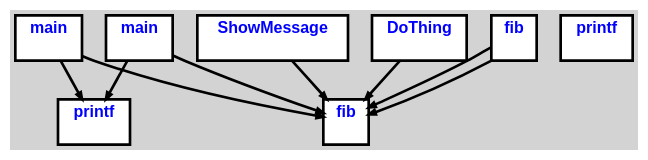
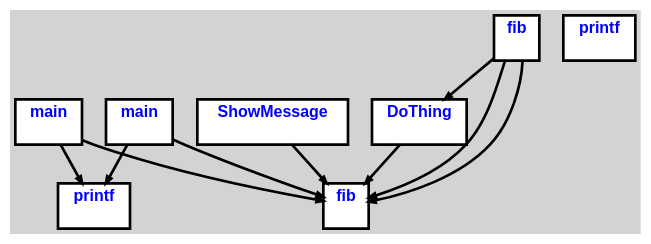
Before and after one commit to aveen007/CountingMonkeys: the diagram in cpoCompilerWin/CG.all.dot, drawn with Graphviz. The commit also changed 19 other files, not shown here.

```diff
--- a/cpoCompilerWin/CG.all.dot
+++ b/cpoCompilerWin/CG.all.dot
@@ -1,24 +1,25 @@
 digraph G {
 ordering=out;
 ranksep=.4;
 bgcolor="lightgrey";  node [shape=box, fixedsize=false, fontsize=12, fontname="Helvetica-bold", fontcolor="blue"
 width=.25, height=.25, color="black", fillcolor="white", style="filled, solid, bold"];
 
 edge [arrowsize=.5, color="black", style="bold"]
-    n000011A35EBA1FA0 [label="fib\n "]
-    n000011A35EBA23C0 [label="printf\n "]
-    n000011A35EBA2660 [label="main\n "]
-    n000011A35EBA2660 -> n000011A35EBA23C0
-    n000011A35EBA2660 -> n000011A35EBA1FA0
-    n000011A35EBA2CC0 [label="ShowMessage\n "]
-    n000011A35EBA2CC0 -> n000011A35EBA1FA0
-    n000011A35EBA30E0 [label="DoThing\n "]
-    n000011A35EBA30E0 -> n000011A35EBA1FA0
-    n000011A35EBA33E0 [label="fib\n "]
-    n000011A35EBA33E0 -> n000011A35EBA1FA0
-    n000011A35EBA33E0 -> n000011A35EBA1FA0
-    n000011A35EBA4100 [label="printf\n "]
-    n000011A35EBA55A0 [label="main\n "]
-    n000011A35EBA55A0 -> n000011A35EBA23C0
-    n000011A35EBA55A0 -> n000011A35EBA1FA0
+    n0000119A7AF21FA0 [label="fib\n "]
+    n0000119A7AF223C0 [label="printf\n "]
+    n0000119A7AF22660 [label="main\n "]
+    n0000119A7AF22660 -> n0000119A7AF223C0
+    n0000119A7AF22660 -> n0000119A7AF21FA0
+    n0000119A7AF22CC0 [label="ShowMessage\n "]
+    n0000119A7AF22CC0 -> n0000119A7AF21FA0
+    n0000119A7AF230E0 [label="DoThing\n "]
+    n0000119A7AF230E0 -> n0000119A7AF21FA0
+    n0000119A7AF233E0 [label="fib\n "]
+    n0000119A7AF233E0 -> n0000119A7AF230E0
+    n0000119A7AF233E0 -> n0000119A7AF21FA0
+    n0000119A7AF233E0 -> n0000119A7AF21FA0
+    n0000119A7AF244C0 [label="printf\n "]
+    n0000119A7AF25960 [label="main\n "]
+    n0000119A7AF25960 -> n0000119A7AF223C0
+    n0000119A7AF25960 -> n0000119A7AF21FA0
 }
```
